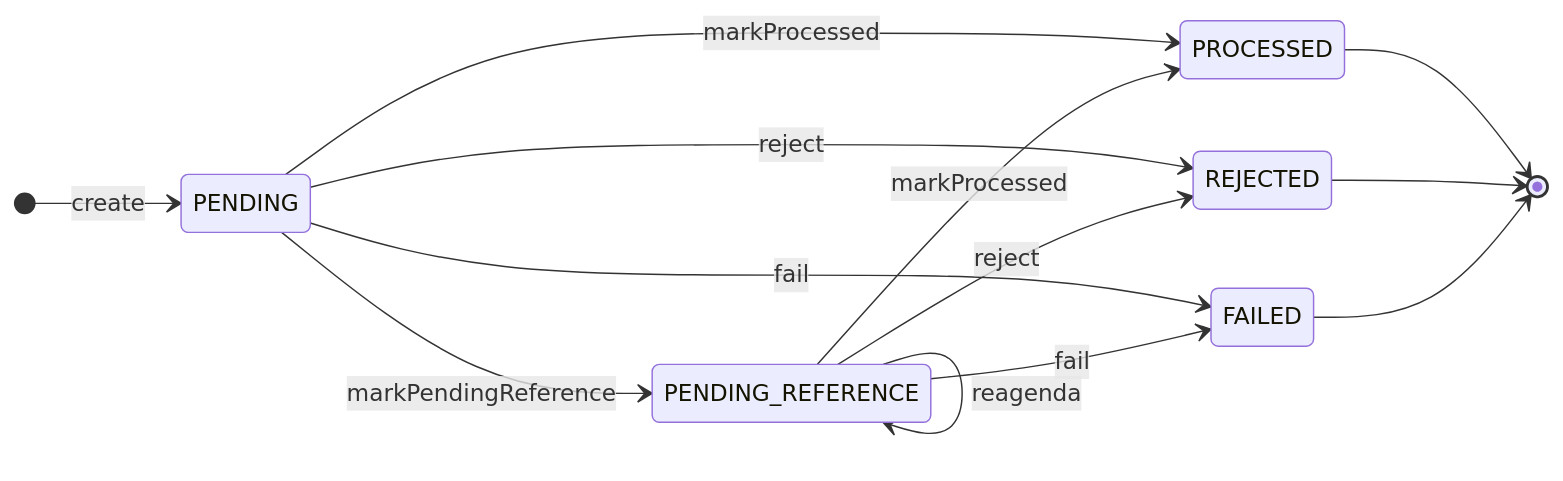
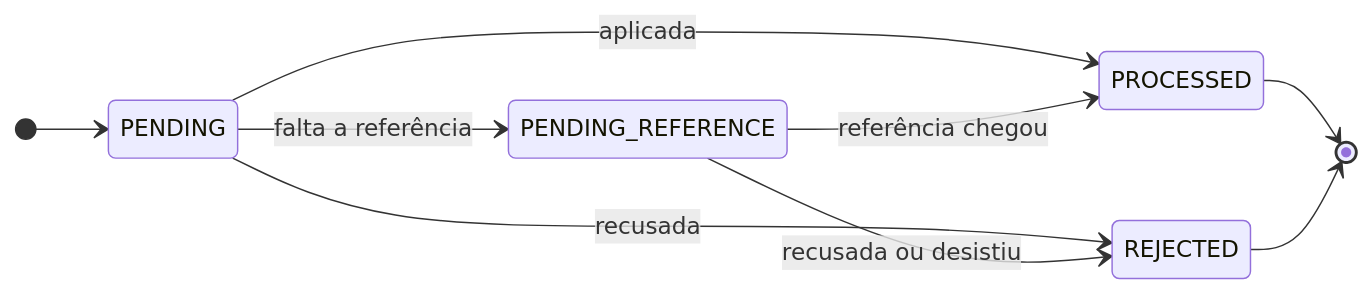
The third of 3 diagrams in README.md (JaoV1ctor/teste-wagering-processor-), drawn with Mermaid before and after one commit. The commit also changed other lines of this file, not shown here.

Commit message:
docs(readme): diagramas simplificados, introducao em linguagem direta e respostas legiveis

````diff
--- a/README.md
+++ b/README.md
@@ -247,16 +238,12 @@
 ```mermaid
 stateDiagram-v2
     direction LR
-    [*] --> PENDING : create
-    PENDING --> PROCESSED : markProcessed
-    PENDING --> REJECTED : reject
-    PENDING --> PENDING_REFERENCE : markPendingReference
-    PENDING --> FAILED : fail
-    PENDING_REFERENCE --> PENDING_REFERENCE : reagenda
-    PENDING_REFERENCE --> PROCESSED : markProcessed
-    PENDING_REFERENCE --> REJECTED : reject
-    PENDING_REFERENCE --> FAILED : fail
+    [*] --> PENDING
+    PENDING --> PROCESSED : aplicada
+    PENDING --> REJECTED : recusada
+    PENDING --> PENDING_REFERENCE : falta a referência
+    PENDING_REFERENCE --> PROCESSED : referência chegou
+    PENDING_REFERENCE --> REJECTED : recusada ou desistiu
     PROCESSED --> [*]
     REJECTED --> [*]
-    FAILED --> [*]
 ```
````
